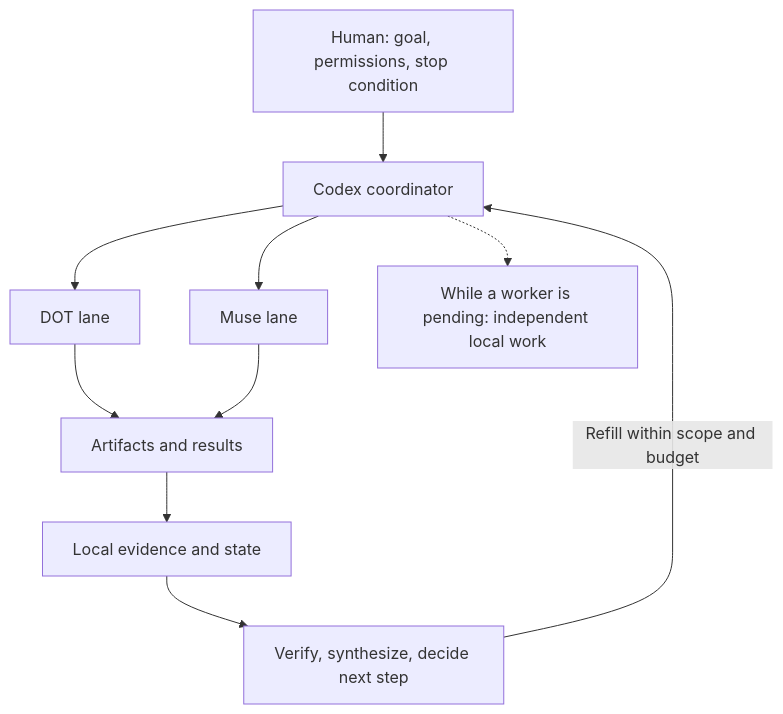
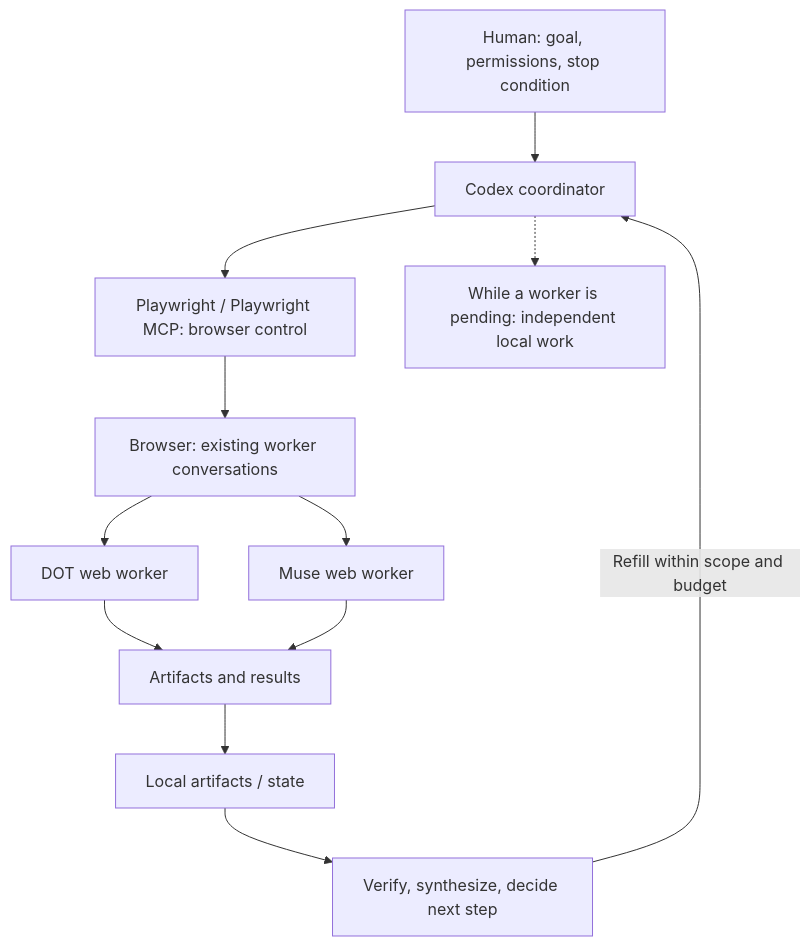
Before and after one commit to nihaldipak650-collab/codex-dot-muse-orchestration-log: the diagram in README.md, drawn with Mermaid. The commit also changed other lines of this file and 4 other files, not shown here.

Commit message:
docs: clarify Playwright worker architecture and runtime gap

````diff
--- a/README.md
+++ b/README.md
@@ -17,12 +19,14 @@
 ```mermaid
 flowchart TD
   H["Human: goal, permissions, stop condition"] --> C["Codex coordinator"]
-  C --> D["DOT lane"]
-  C --> M["Muse lane"]
+  C --> P["Playwright / Playwright MCP: browser control"]
+  P --> B["Browser: existing worker conversations"]
+  B --> D["DOT web worker"]
+  B --> M["Muse web worker"]
   D --> A["Artifacts and results"]
   M --> A
-  A --> E["Local evidence and state"]
+  A --> E["Local artifacts / state"]
   E --> V["Verify, synthesize, decide next step"]
   V -->|"Refill within scope and budget"| C
   C -.-> W["While a worker is pending: independent local work"]
 ```
````
